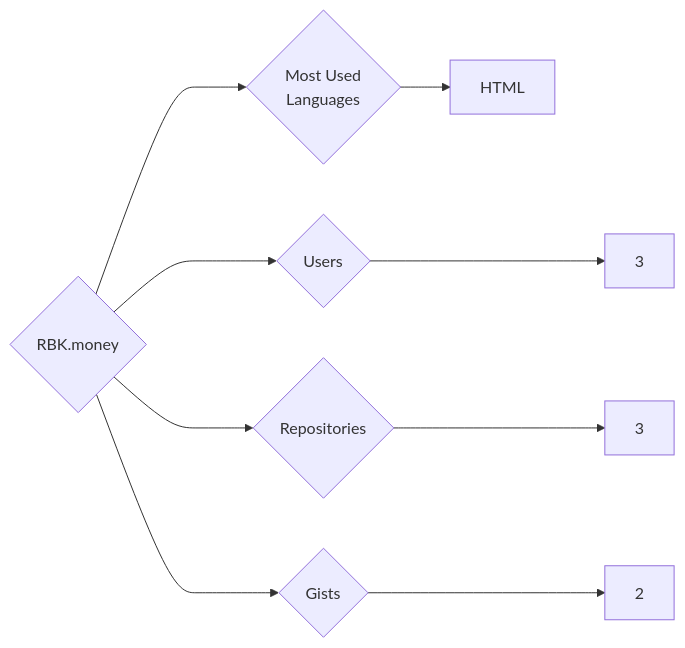
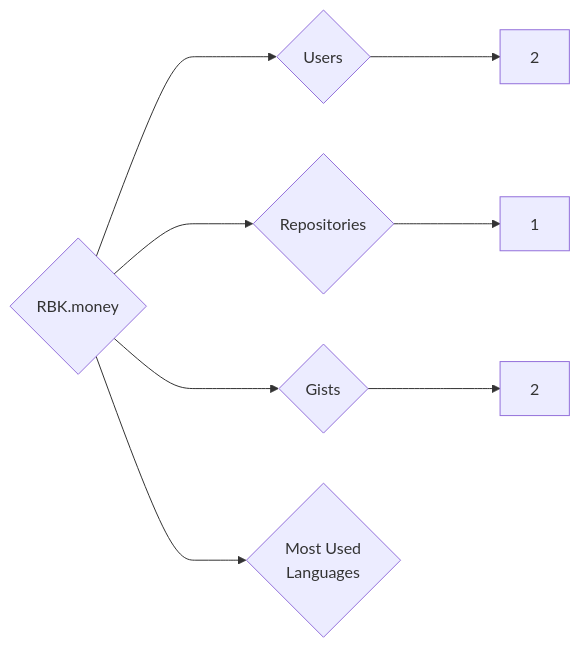
Before and after one commit to trickest/insiders: the diagram in targets/RBK.money/README.md, drawn with Mermaid. The commit also changed 964 other files, not shown here.

````diff
--- a/targets/RBK.money/README.md
+++ b/targets/RBK.money/README.md
@@ -3,9 +3,8 @@
 ```mermaid
 graph LR
 COMPANY_NAME{RBK.money}
-COMPANY_NAME ---> U{Users} ---> UN[3]
-COMPANY_NAME ---> R{Repositories} ---> RN[3]
+COMPANY_NAME ---> U{Users} ---> UN[2]
+COMPANY_NAME ---> R{Repositories} ---> RN[1]
 COMPANY_NAME ---> G{Gists} ---> GN[2]
 COMPANY_NAME ---> ML{Most Used<br>Languages}
-ML --> HTML[HTML]
 ```
````
